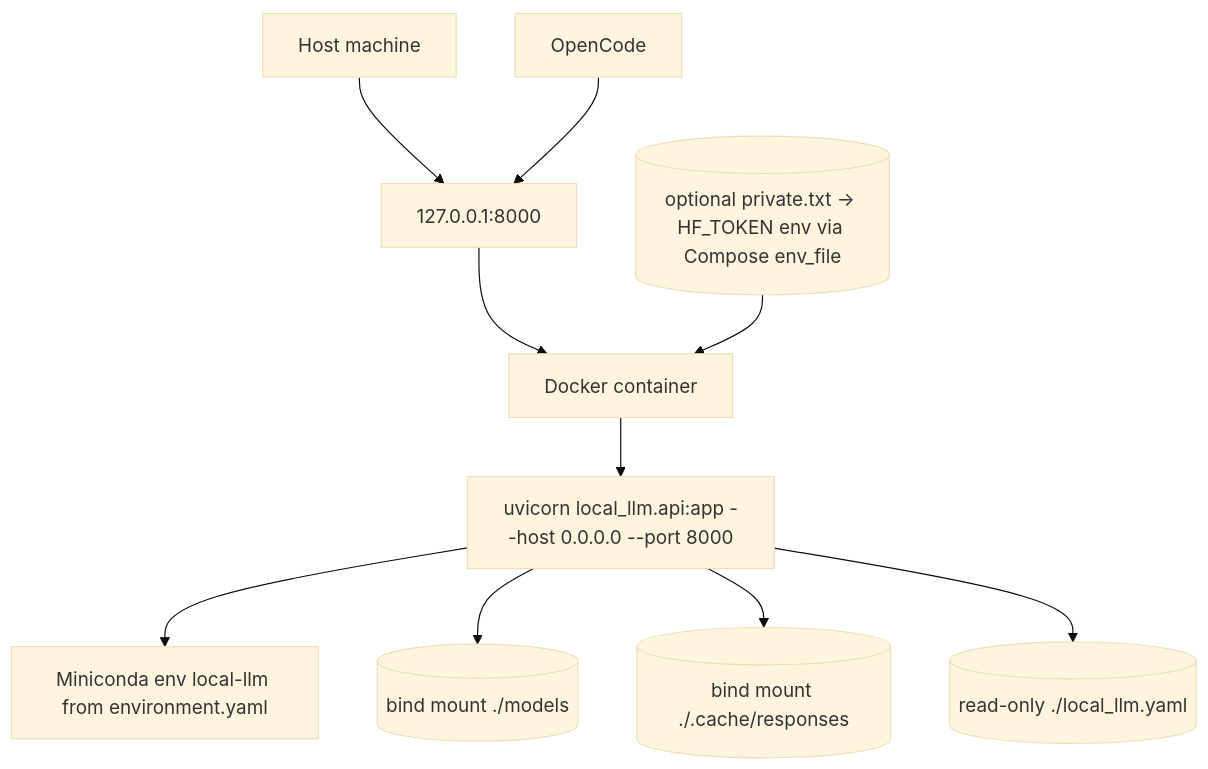
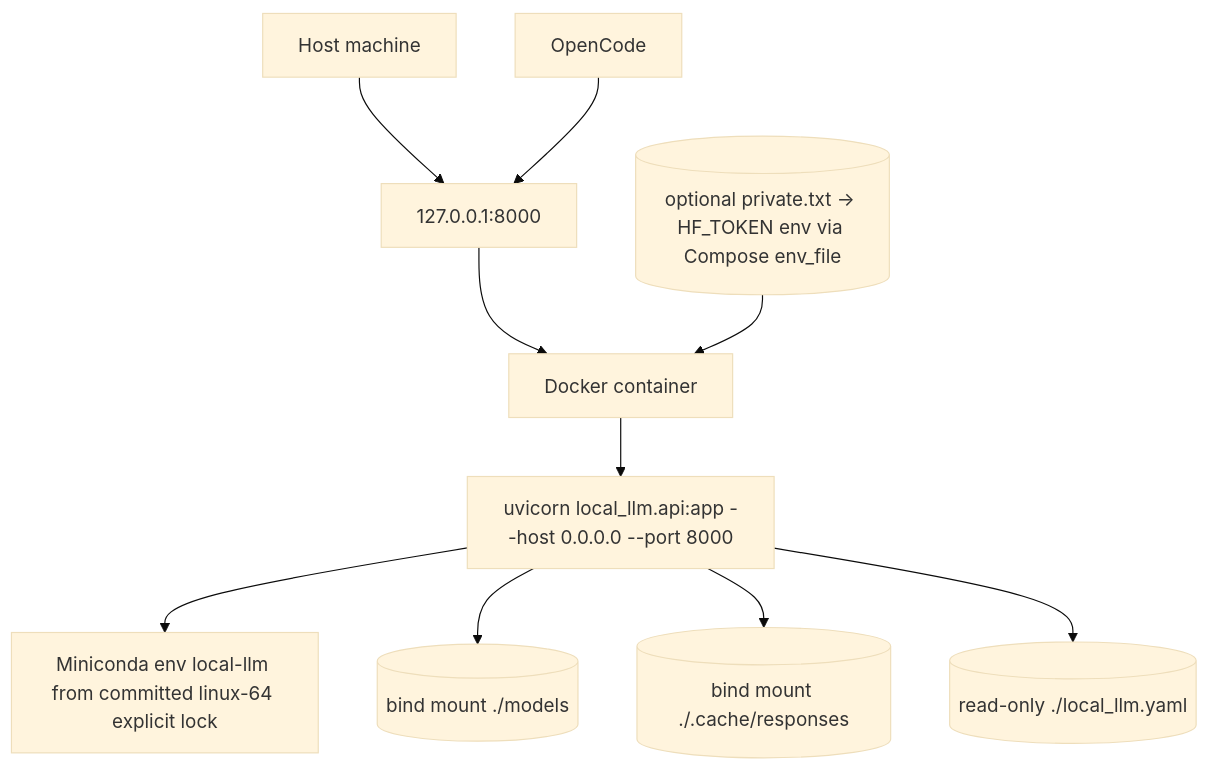
One commit to kkhatr2/local-llm changed the sixth of 6 diagrams in docs/architecture.md. Above: the diagram before and after it, drawn with Mermaid (base theme). The commit also changed other lines of this file and 9 other files, not shown here.

Commit message:
Commit reproducible linux-64 dependency lock

````diff
--- a/docs/architecture.md
+++ b/docs/architecture.md
@@ -309,23 +309,23 @@
 ```mermaid
 flowchart TB
     Host["Host machine"]
     Loop["127.0.0.1:8000"]
     Container["Docker container"]
     Uvicorn["uvicorn local_llm.api:app --host 0.0.0.0 --port 8000"]
-    Env["Miniconda env local-llm from environment.yaml"]
+    Env["Miniconda env local-llm from committed linux-64 explicit lock"]
     ModelsVol[("bind mount ./models")]
     CacheVol[("bind mount ./.cache/responses")]
     ConfigFile[("read-only ./local_llm.yaml")]
     TokenFile[("optional private.txt -> HF_TOKEN env via Compose env_file")]
     OC["OpenCode"]
 
     Host --> Loop
     OC --> Loop
     Loop --> Container
     Container --> Uvicorn
     Uvicorn --> Env
     Uvicorn --> ModelsVol
     Uvicorn --> CacheVol
     Uvicorn --> ConfigFile
     TokenFile --> Container
 ```
````
